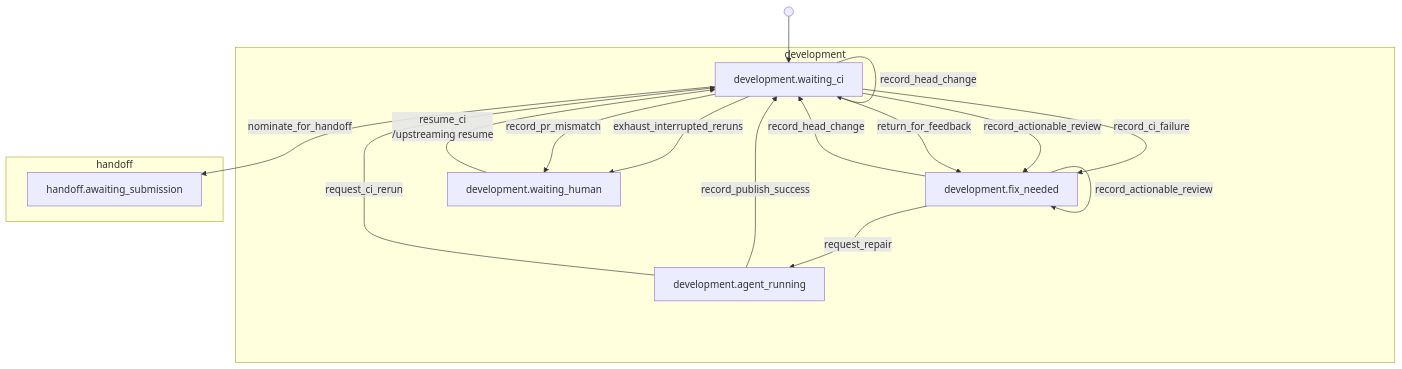
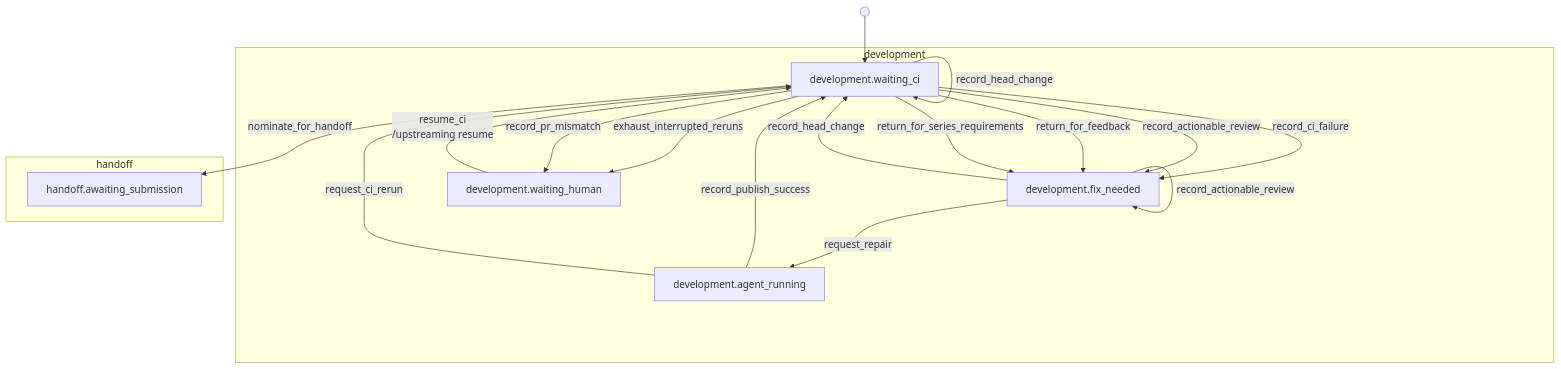
Before and after one commit to riseproject-dev/porting-agent: the ninth of 34 diagrams in docs/state-machine/index.md, drawn with Mermaid. The commit also changed other lines of this file and 29 other files, not shown here.

First line of the commit message:
Check the plan's series requirements before nomination

````diff
--- a/docs/state-machine/index.md
+++ b/docs/state-machine/index.md
@@ -346,29 +347,30 @@
 ```mermaid
 flowchart TB
     subgraph development["development"]
         development_waiting_ci["development.waiting_ci"]
         development_fix_needed["development.fix_needed"]
         development_agent_running["development.agent_running"]
         development_waiting_human["development.waiting_human"]
     end
     subgraph handoff["handoff"]
         handoff_awaiting_submission["handoff.awaiting_submission"]
     end
 
     start_1(( )) --> development_waiting_ci
     development_waiting_ci -->|record_ci_failure| development_fix_needed
     development_waiting_ci -->|record_actionable_review| development_fix_needed
     development_fix_needed -->|record_actionable_review| development_fix_needed
     development_waiting_ci -->|record_explanation| development_waiting_ci
     development_fix_needed -->|request_repair| development_agent_running
     development_agent_running -->|record_publish_success| development_waiting_ci
     development_agent_running -->|request_ci_rerun| development_waiting_ci
     development_waiting_ci -->|nominate_for_handoff| handoff_awaiting_submission
     development_waiting_ci -->|rerun_interrupted_ci| development_waiting_ci
     development_waiting_ci -->|exhaust_interrupted_reruns| development_waiting_human
     development_waiting_human -->|resume_ci<br/>/upstreaming resume| development_waiting_ci
     development_waiting_ci -->|record_head_change| development_waiting_ci
     development_fix_needed -->|record_head_change| development_waiting_ci
     development_waiting_ci -->|return_for_feedback| development_fix_needed
+    development_waiting_ci -->|return_for_series_requirements| development_fix_needed
     development_waiting_ci -->|record_pr_mismatch| development_waiting_human
 ```
````
